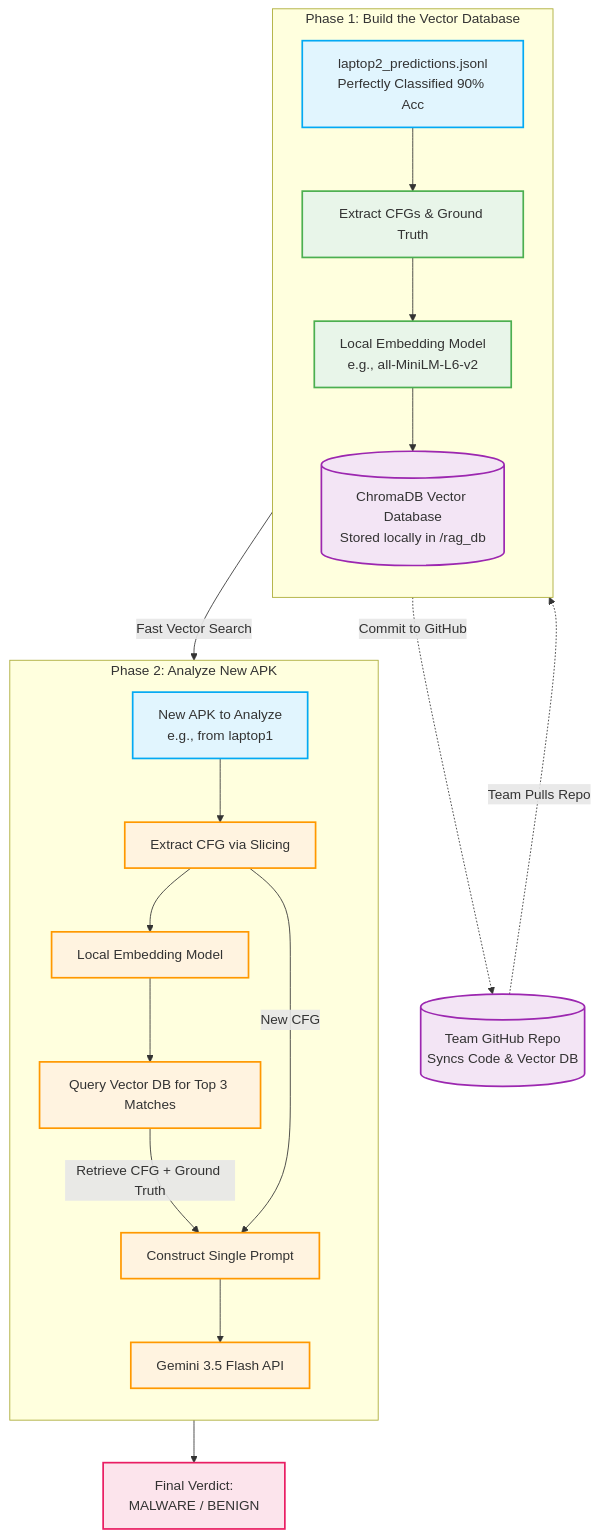
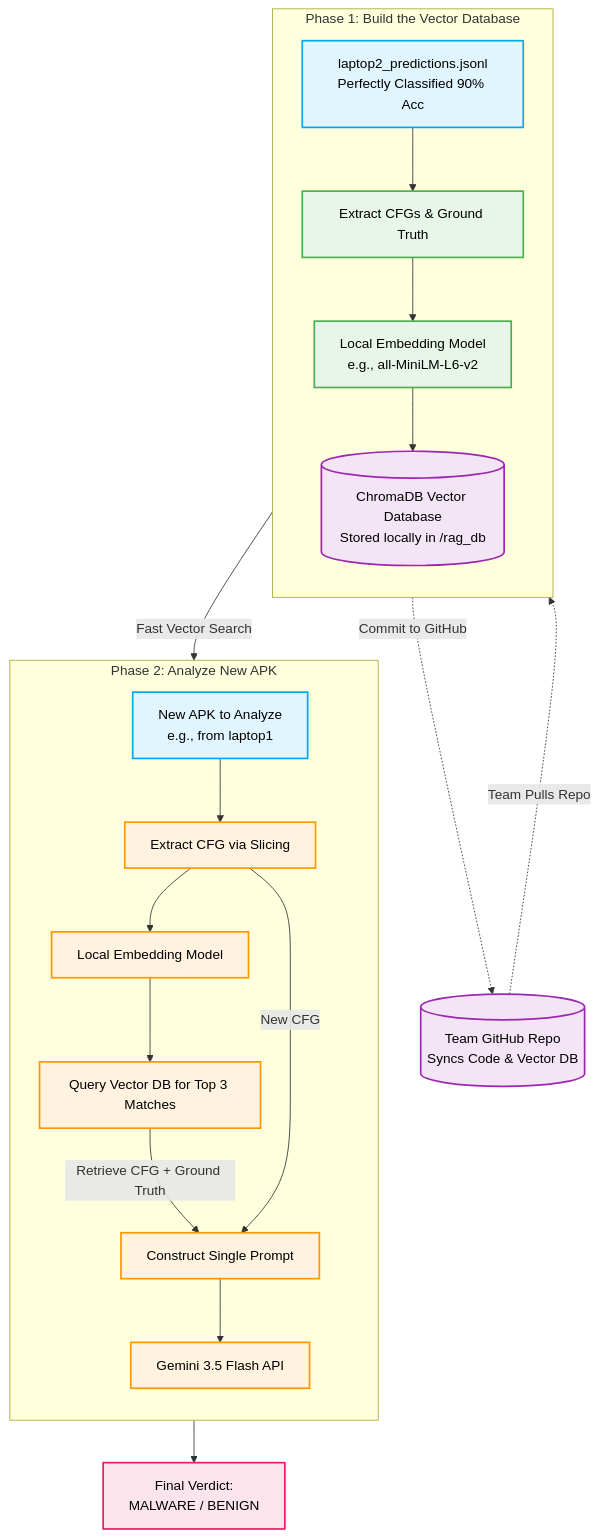
Before and after one commit to arpitsng/AndMAL_Detector: the diagram in rag_flowchart.md, drawn with Mermaid.

Commit message:
Rag Flowchar

````diff
--- a/rag_flowchart.md
+++ b/rag_flowchart.md
@@ -5,40 +5,40 @@
 ```mermaid
 graph TD
     %% Define Styles
-    classDef input fill:#e1f5fe,stroke:#03a9f4,stroke-width:2px;
-    classDef offline fill:#e8f5e9,stroke:#4caf50,stroke-width:2px;
-    classDef online fill:#fff3e0,stroke:#ff9800,stroke-width:2px;
-    classDef final fill:#fce4ec,stroke:#e91e63,stroke-width:2px;
-    classDef db fill:#f3e5f5,stroke:#9c27b0,stroke-width:2px;
+    classDef input fill:#e1f5fe,stroke:#03a9f4,stroke-width:2px,color:#000000;
+    classDef offline fill:#e8f5e9,stroke:#4caf50,stroke-width:2px,color:#000000;
+    classDef online fill:#fff3e0,stroke:#ff9800,stroke-width:2px,color:#000000;
+    classDef final fill:#fce4ec,stroke:#e91e63,stroke-width:2px,color:#000000;
+    classDef db fill:#f3e5f5,stroke:#9c27b0,stroke-width:2px,color:#000000;
 
     %% Team Sync
     GitSync[("Team GitHub Repo<br>Syncs Code & Vector DB")]:::db
 
     %% Offline Phase
     subgraph Offline_Phase [Phase 1: Build the Vector Database]
         direction TB
         L2["laptop2_predictions.jsonl<br>Perfectly Classified 90% Acc"]:::input --> Ext["Extract CFGs & Ground Truth"]:::offline
         Ext --> Emb1["Local Embedding Model<br>e.g., all-MiniLM-L6-v2"]:::offline
         Emb1 --> DB[("ChromaDB Vector Database<br>Stored locally in /rag_db")]:::db
     end
 
     %% Sync DB via Git
     DB -.-> |"Commit to GitHub"| GitSync
     GitSync -.-> |"Team Pulls Repo"| DB
 
     %% Online Phase
     subgraph Online_Phase [Phase 2: Analyze New APK]
         direction TB
         NewAPK["New APK to Analyze<br>e.g., from laptop1"]:::input --> Slicer["Extract CFG via Slicing"]:::online
         Slicer --> Emb2["Local Embedding Model"]:::online
         Emb2 --> Query["Query Vector DB for Top 3 Matches"]:::online
         Query --> |"Retrieve CFG + Ground Truth"| Prompt["Construct Single Prompt"]:::online
         Prompt --> LLM["Gemini 3.5 Flash API"]:::online
     end
 
     %% Connections
     DB --> |"Fast Vector Search"| Query
     Slicer --> |"New CFG"| Prompt
     
     LLM --> Verdict["Final Verdict:<br>MALWARE / BENIGN"]:::final
 ```
````
